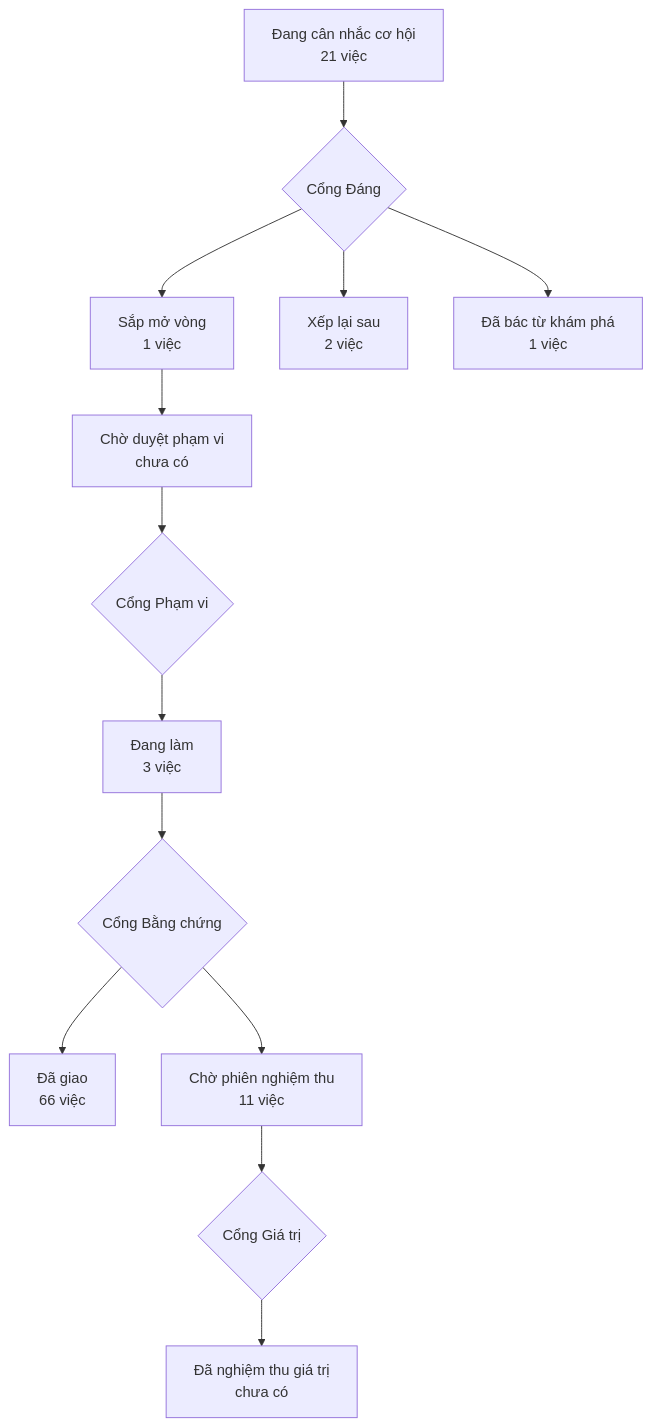
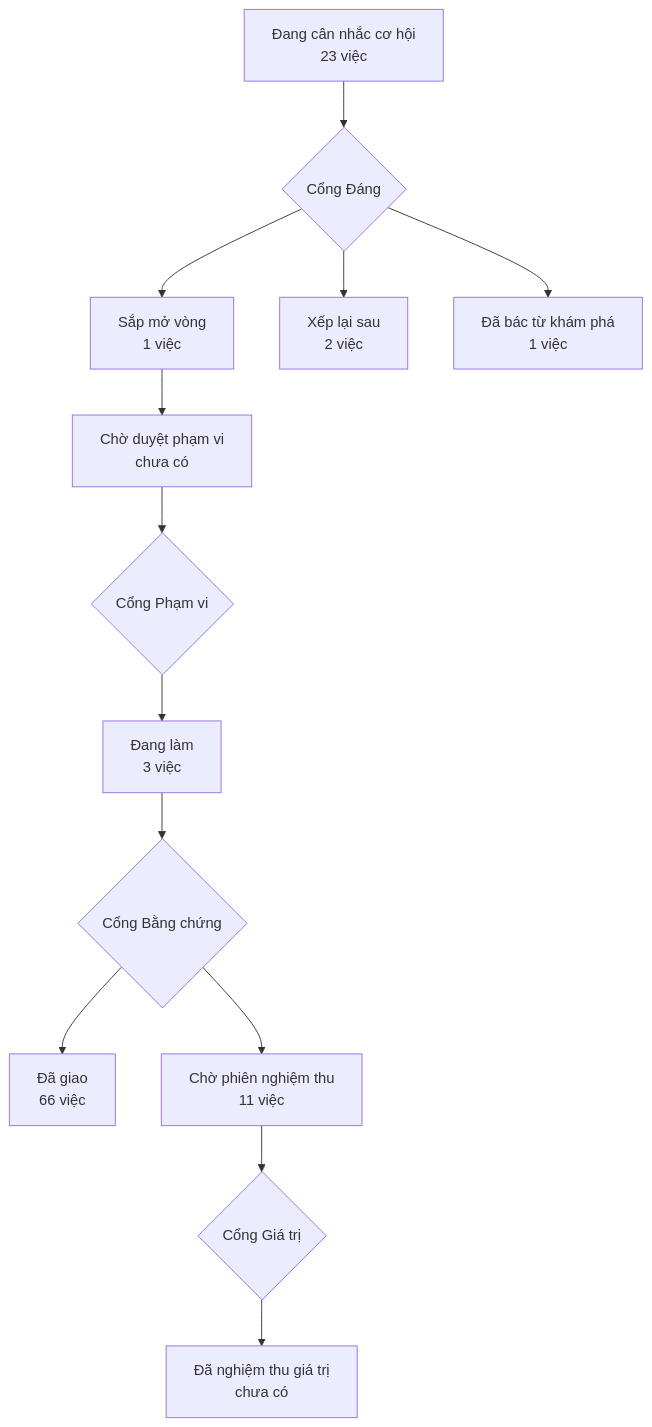
Before and after one commit to phanlemanh/acceptance-gate-kit: the diagram in PRODUCT-MAP.md, drawn with Mermaid. The commit also changed other lines of this file, not shown here.

Commit message:
chore(product-map): vẽ lại bản đồ sau hai ô cơ hội mới (cong-chan-theo-ho-so-khong-theo-diff, đề xuất tiếng Việt trong review-findings)

````diff
--- a/PRODUCT-MAP.md
+++ b/PRODUCT-MAP.md
@@ -6,12 +6,12 @@
 ```mermaid
 flowchart TD
-  A["Đang cân nhắc cơ hội<br/>21 việc"] --> GD{"Cổng Đáng"}
+  A["Đang cân nhắc cơ hội<br/>23 việc"] --> GD{"Cổng Đáng"}
   GD --> B["Sắp mở vòng<br/>1 việc"]
   GD --> XL["Xếp lại sau<br/>2 việc"]
   GD --> DB["Đã bác từ khám phá<br/>1 việc"]
   B --> CD["Chờ duyệt phạm vi<br/>chưa có"] --> GP{"Cổng Phạm vi"}
   GP --> DL["Đang làm<br/>3 việc"] --> GB{"Cổng Bằng chứng"}
   GB --> DG["Đã giao<br/>66 việc"]
   GB --> CN["Chờ phiên nghiệm thu<br/>11 việc"] --> GG{"Cổng Giá trị"}
   GG --> NT["Đã nghiệm thu giá trị<br/>chưa có"]
 ```
````
